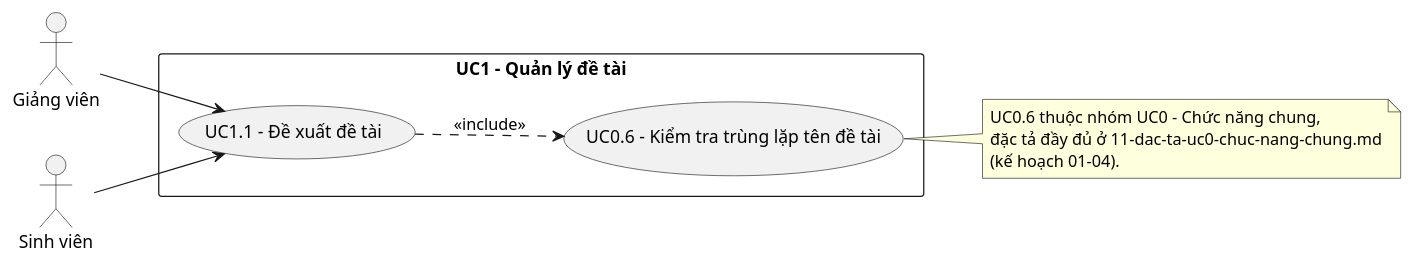
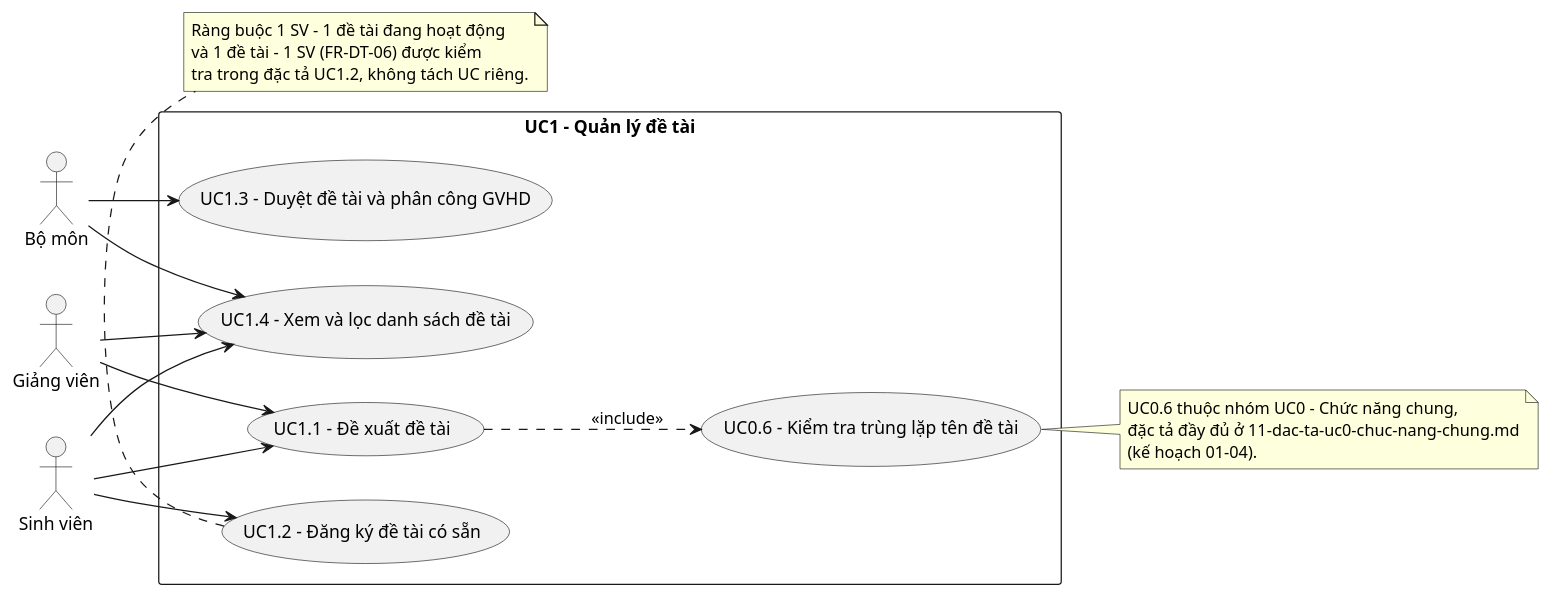
One commit to dtc235200036-alt/ICTU-DATN-NguyenThiMaiAnh changed the diagram in docs/chuong-2-khao-sat-phan-tich/uc/uc1-quan-ly-de-tai.puml. Above: the diagram before and after it, drawn with PlantUML. The commit also changed 14 other files, not shown here.

```diff
--- a/docs/chuong-2-khao-sat-phan-tich/uc/uc1-quan-ly-de-tai.puml
+++ b/docs/chuong-2-khao-sat-phan-tich/uc/uc1-quan-ly-de-tai.puml
@@ -1,22 +1,38 @@
 @startuml uc1-quan-ly-de-tai
 left to right direction
 skinparam packageStyle rectangle
 
 actor "Giảng viên" as GV
 actor "Sinh viên" as SV
+actor "Bộ môn" as BM
 
 rectangle "UC1 – Quản lý đề tài" {
   usecase "UC1.1 – Đề xuất đề tài" as UC1_1
+  usecase "UC1.2 – Đăng ký đề tài có sẵn" as UC1_2
+  usecase "UC1.3 – Duyệt đề tài và phân công GVHD" as UC1_3
+  usecase "UC1.4 – Xem và lọc danh sách đề tài" as UC1_4
   usecase "UC0.6 – Kiểm tra trùng lặp tên đề tài" as UC0_6
 }
 
 GV --> UC1_1
 SV --> UC1_1
+SV --> UC1_2
+BM --> UC1_3
+GV --> UC1_4
+SV --> UC1_4
+BM --> UC1_4
+
 UC1_1 ..> UC0_6 : <<include>>
 
 note right of UC0_6
   UC0.6 thuộc nhóm UC0 – Chức năng chung,
   đặc tả đầy đủ ở 11-dac-ta-uc0-chuc-nang-chung.md
   (kế hoạch 01-04).
 end note
+
+note bottom of UC1_2
+  Ràng buộc 1 SV - 1 đề tài đang hoạt động
+  và 1 đề tài - 1 SV (FR-DT-06) được kiểm
+  tra trong đặc tả UC1.2, không tách UC riêng.
+end note
 @enduml
```
